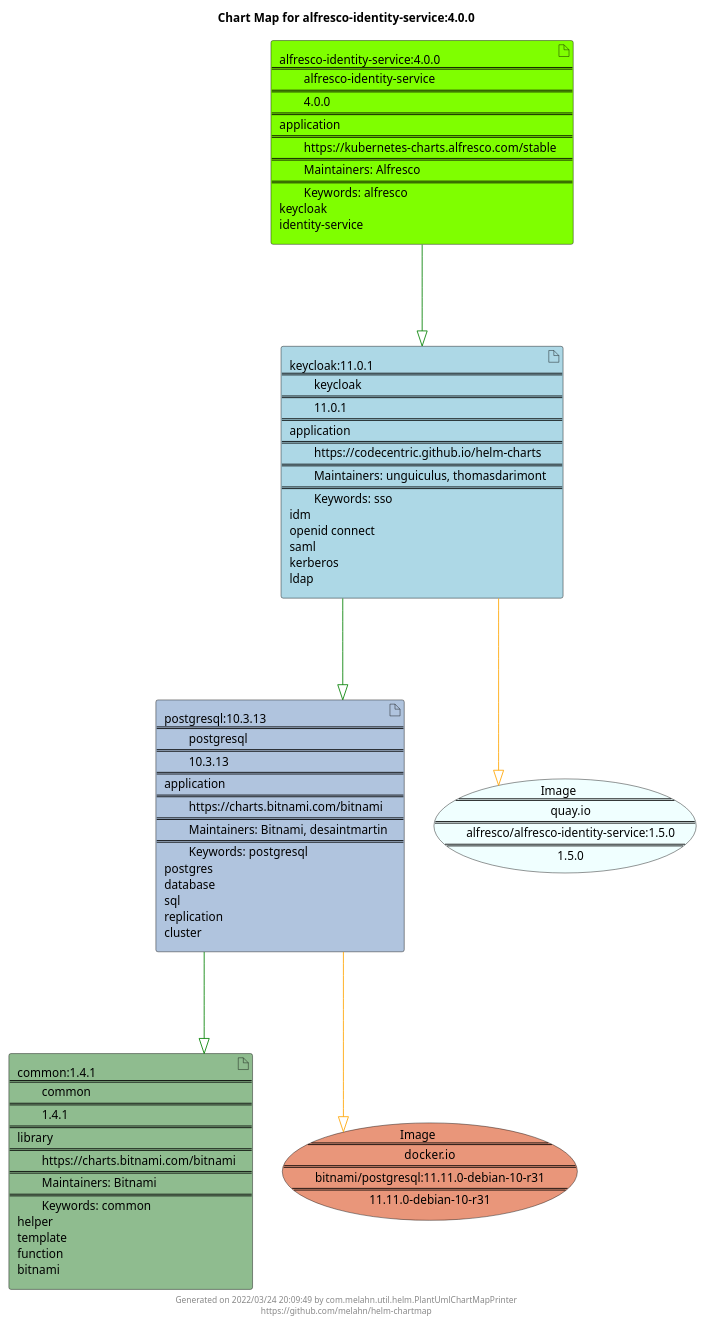
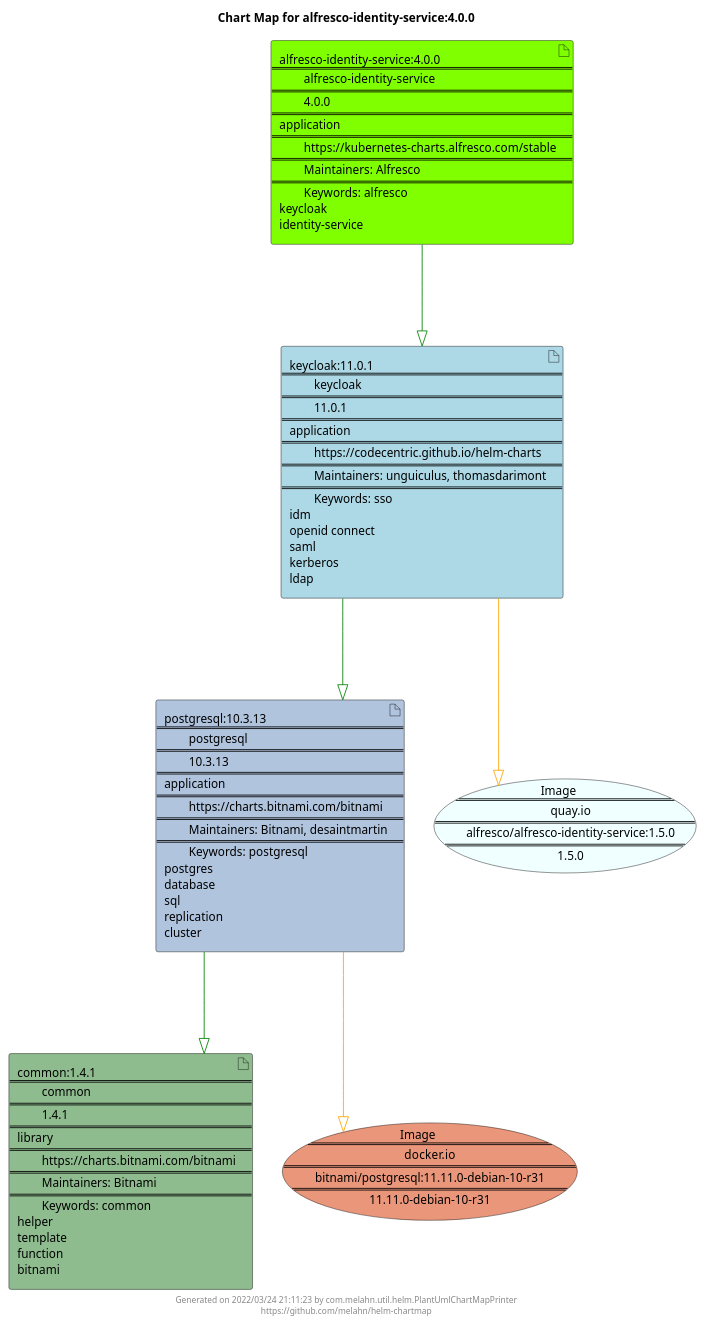
One commit to melahn/helm-chartmap changed the diagram in docs/alfresco-identity-service/alfresco-identity-service-4.0.0.puml. Above: the diagram before and after it, drawn with PlantUML. The commit also changed 52 other files, not shown here.

Commit message:
Update Example Chart Maps as part of GitHub build

```diff
--- a/docs/alfresco-identity-service/alfresco-identity-service-4.0.0.puml
+++ b/docs/alfresco-identity-service/alfresco-identity-service-4.0.0.puml
@@ -1,29 +1,29 @@
 @startuml
 skinparam linetype ortho
 skinparam backgroundColor white
 skinparam usecaseBorderColor black
 skinparam usecaseArrowColor LightSlateGray
 skinparam artifactBorderColor black
 skinparam artifactArrowColor LightSlateGray
 
 title Chart Map for alfresco-identity-service:4.0.0
 
 'There are 4 referenced Helm Charts
 artifact "common:1.4.1\n====\n\tcommon\n====\n\t1.4.1\n====\nlibrary\n====\n\thttps://charts.bitnami.com/bitnami\n====\n\tMaintainers: Bitnami\n====\n\tKeywords: common\nhelper\ntemplate\nfunction\nbitnami" as common_1_4_1 #DarkSeaGreen
 artifact "alfresco-identity-service:4.0.0\n====\n\talfresco-identity-service\n====\n\t4.0.0\n====\napplication\n====\n\thttps://kubernetes-charts.alfresco.com/stable\n====\n\tMaintainers: Alfresco\n====\n\tKeywords: alfresco\nkeycloak\nidentity-service" as alfresco_identity_service_4_0_0 #Chartreuse
 artifact "postgresql:10.3.13\n====\n\tpostgresql\n====\n\t10.3.13\n====\napplication\n====\n\thttps://charts.bitnami.com/bitnami\n====\n\tMaintainers: Bitnami, desaintmartin\n====\n\tKeywords: postgresql\npostgres\ndatabase\nsql\nreplication\ncluster" as postgresql_10_3_13 #LightSteelBlue
 artifact "keycloak:11.0.1\n====\n\tkeycloak\n====\n\t11.0.1\n====\napplication\n====\n\thttps://codecentric.github.io/helm-charts\n====\n\tMaintainers: unguiculus, thomasdarimont\n====\n\tKeywords: sso\nidm\nopenid connect\nsaml\nkerberos\nldap" as keycloak_11_0_1 #LightBlue
 
 'There are 2 referenced Docker Images
 usecase "Image\n====\n\tquay.io\n====\n\talfresco/alfresco-identity-service:1.5.0\n====\n\t1.5.0" as quay_io_alfresco_alfresco_identity_service_1_5_0 #Azure
 usecase "Image\n====\n\tdocker.io\n====\n\tbitnami/postgresql:11.11.0-debian-10-r31\n====\n\t11.11.0-debian-10-r31" as docker_io_bitnami_postgresql_11_11_0_debian_10_r31 #DarkSalmon
 
 'Chart Dependencies
 alfresco_identity_service_4_0_0--[#green]-|>keycloak_11_0_1
 keycloak_11_0_1--[#green]-|>postgresql_10_3_13
 postgresql_10_3_13--[#green]-|>common_1_4_1
 postgresql_10_3_13--[#orange]-|>docker_io_bitnami_postgresql_11_11_0_debian_10_r31
 keycloak_11_0_1--[#orange]-|>quay_io_alfresco_alfresco_identity_service_1_5_0
 
-center footer Generated on 2022/03/24 20:09:49 by com.melahn.util.helm.PlantUmlChartMapPrinter\nhttps://github.com/melahn/helm-chartmap
+center footer Generated on 2022/03/24 21:11:23 by com.melahn.util.helm.PlantUmlChartMapPrinter\nhttps://github.com/melahn/helm-chartmap
 @enduml
```
